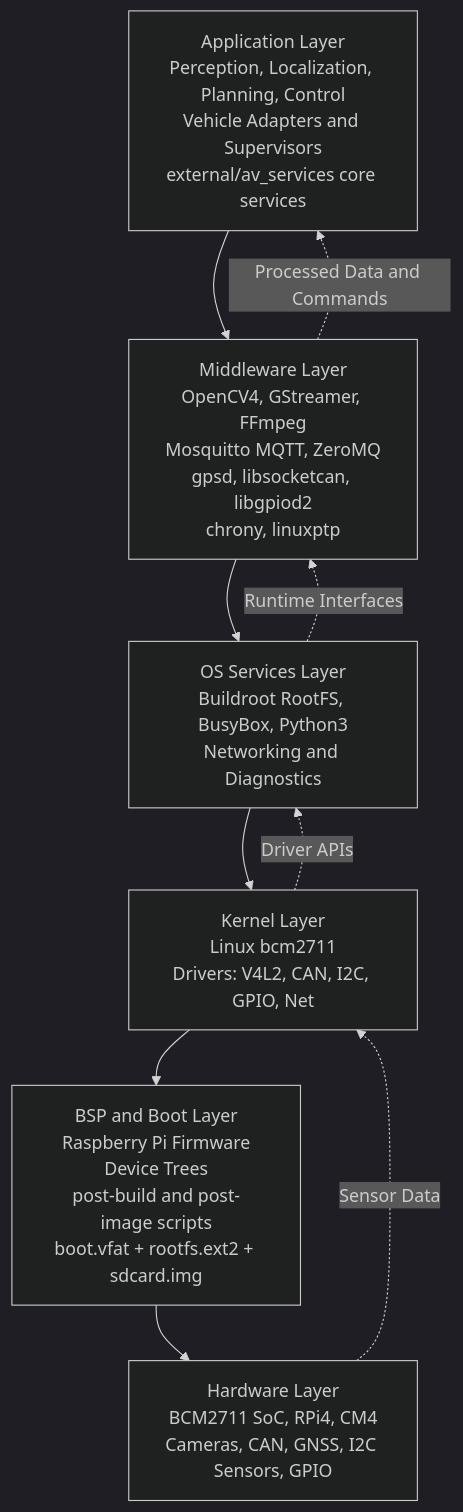
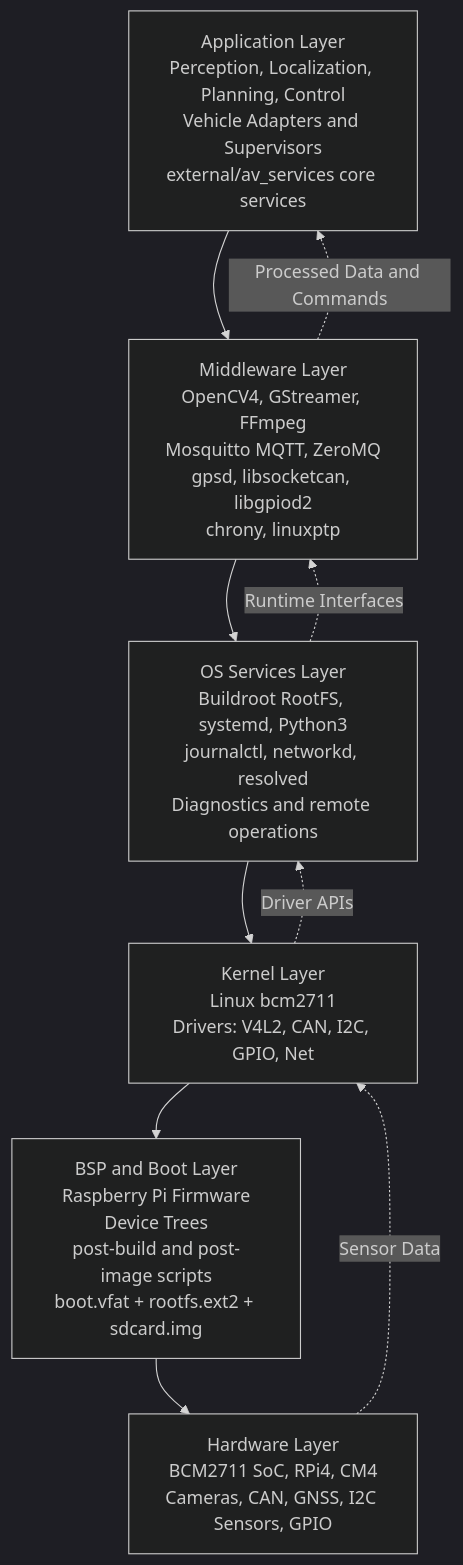
Before and after one commit to rudupa/pi4_av_linux: the first of 2 diagrams in SW_ARCH.md, drawn with Mermaid (dark theme). The commit also changed other lines of this file and 33 other files, not shown here.

````diff
--- a/SW_ARCH.md
+++ b/SW_ARCH.md
@@ -38,20 +38,20 @@
 ```mermaid
 flowchart TB
 	A["Application Layer<br/>Perception, Localization, Planning, Control<br/>Vehicle Adapters and Supervisors<br/>external/av_services core services"]
 	B["Middleware Layer<br/>OpenCV4, GStreamer, FFmpeg<br/>Mosquitto MQTT, ZeroMQ<br/>gpsd, libsocketcan, libgpiod2<br/>chrony, linuxptp"]
-	C["OS Services Layer<br/>Buildroot RootFS, BusyBox, Python3<br/>Networking and Diagnostics"]
+	C["OS Services Layer<br/>Buildroot RootFS, systemd, Python3<br/>journalctl, networkd, resolved<br/>Diagnostics and remote operations"]
 	D["Kernel Layer<br/>Linux bcm2711<br/>Drivers: V4L2, CAN, I2C, GPIO, Net"]
 	E["BSP and Boot Layer<br/>Raspberry Pi Firmware<br/>Device Trees<br/>post-build and post-image scripts<br/>boot.vfat + rootfs.ext2 + sdcard.img"]
 	F["Hardware Layer<br/>BCM2711 SoC, RPi4, CM4<br/>Cameras, CAN, GNSS, I2C Sensors, GPIO"]
 
 	A --> B
 	B --> C
 	C --> D
 	D --> E
 	E --> F
 
 	F -. Sensor Data .-> D
 	D -. Driver APIs .-> C
 	C -. Runtime Interfaces .-> B
 	B -. Processed Data and Commands .-> A
 ```
````
